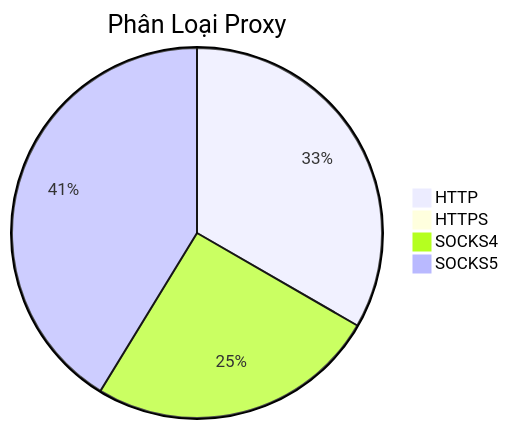
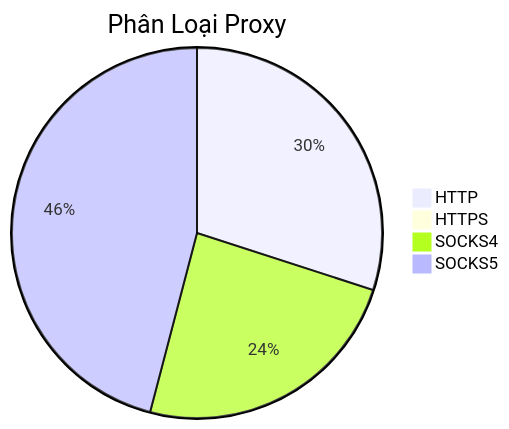
One commit to Ciara-Aa/PROXY-free changed the diagram in README.md. Above: the diagram before and after it, drawn with Mermaid. The commit also changed other lines of this file and 4 other files, not shown here.

````diff
--- a/README.md
+++ b/README.md
@@ -26,7 +26,7 @@
 ```mermaid
 pie title Phân Loại Proxy
-    "HTTP" : 290
-    "HTTPS" : 0
-    "SOCKS4" : 221
-    "SOCKS5" : 359
+    "HTTP" : 239
+    "HTTPS" : 1
+    "SOCKS4" : 192
+    "SOCKS5" : 366
 ```
````
